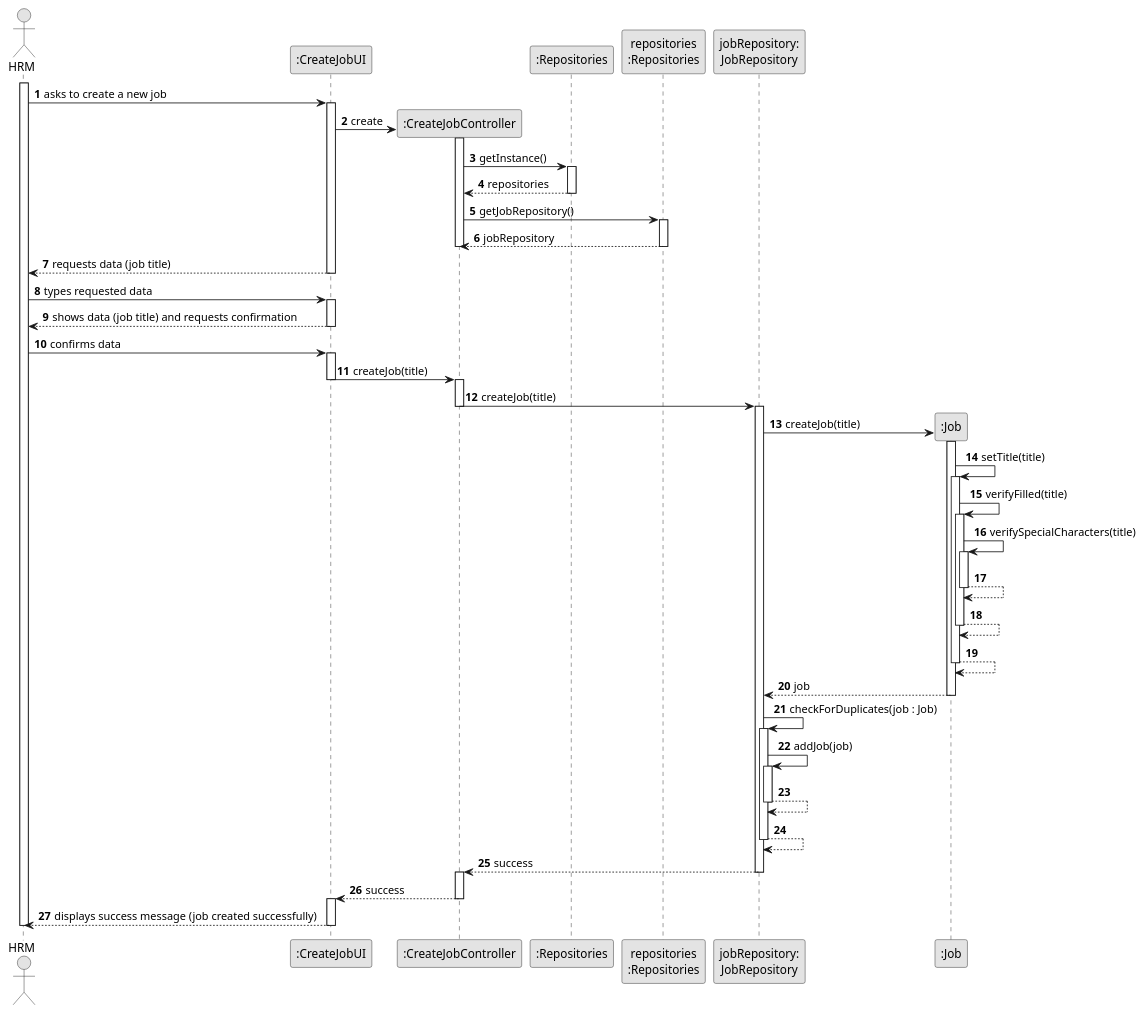
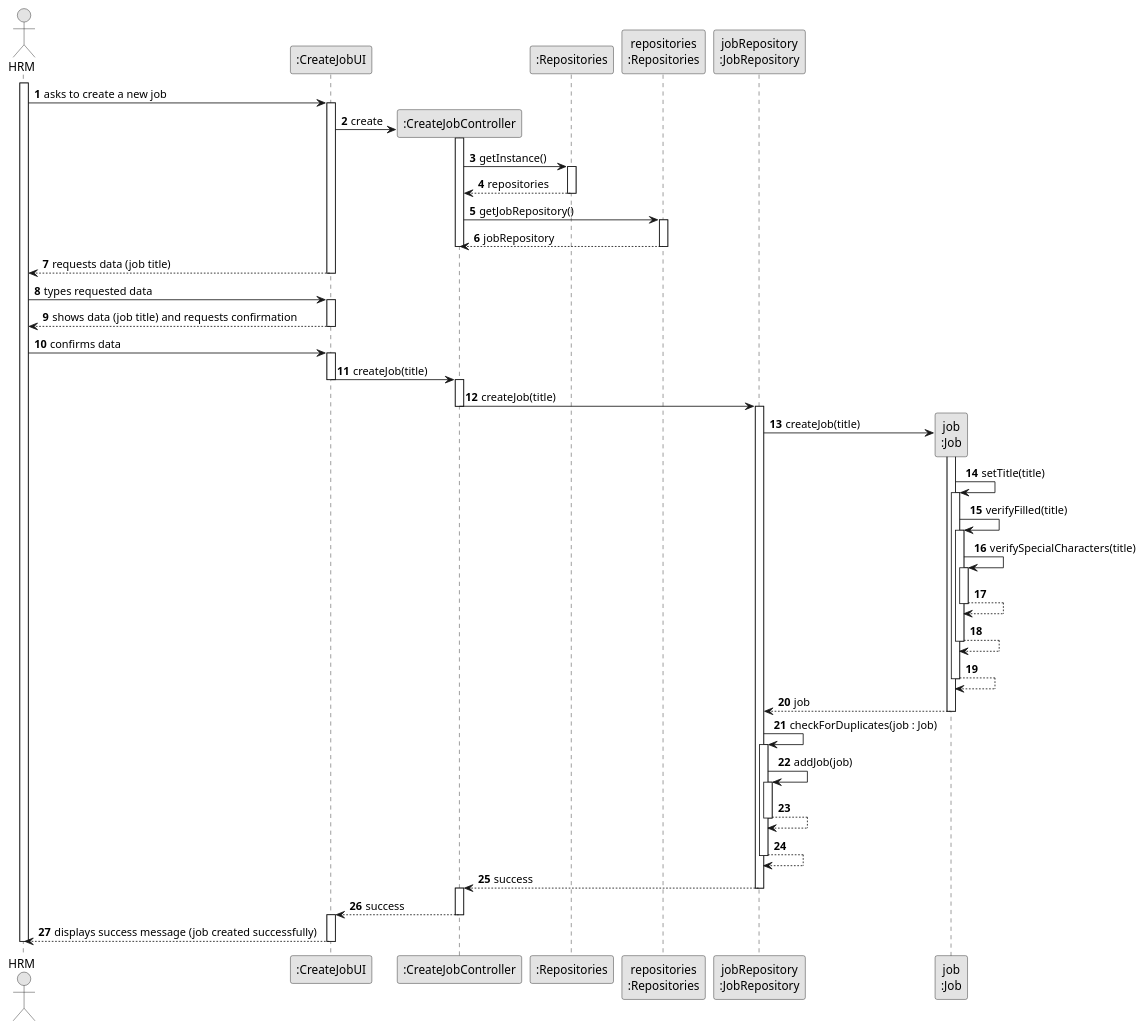
The diagram in docs/sprintC/us002/03.design/puml/us002-sequence-diagram-full.puml (ricardomm7/leaflink), drawn with PlantUML before and after one commit. The commit also changed 15 other files, not shown here.

```diff
--- a/docs/sprintC/us002/03.design/puml/us002-sequence-diagram-full.puml
+++ b/docs/sprintC/us002/03.design/puml/us002-sequence-diagram-full.puml
@@ -1,97 +1,97 @@
 @startuml
 skinparam monochrome true
 skinparam packageStyle rectangle
 skinparam shadowing false
 
 autonumber
 
 'hide footbox
 actor "HRM" as Employee
 participant ":CreateJobUI" as UI
 participant ":CreateJobController" as CTRL
 participant ":Repositories" as GlobRepo
 participant "repositories\n:Repositories" as PLAT
-participant "jobRepository:\nJobRepository" as jobRepository
-participant ":Job" as Job
+participant "jobRepository\n:JobRepository" as jobRepository
+participant "job\n:Job" as Job
 
 activate Employee
 
 Employee -> UI : asks to create a new job
 activate UI
 
 UI -> CTRL** : create
 activate CTRL
 CTRL -> GlobRepo : getInstance()
 activate GlobRepo
 GlobRepo --> CTRL : repositories
 deactivate GlobRepo
 
 CTRL -> PLAT : getJobRepository()
 activate PLAT
 PLAT -->  CTRL: jobRepository
 deactivate CTRL
 deactivate PLAT
 
 UI --> Employee : requests data (job title)
 deactivate UI
 
 Employee -> UI : types requested data
 activate UI
 
 UI --> Employee : shows data (job title) and requests confirmation
 deactivate UI
 
 Employee -> UI : confirms data
 activate UI
 
 UI -> CTRL : createJob(title)
 deactivate UI
 activate CTRL
 
 CTRL -> jobRepository : createJob(title)
 deactivate CTRL
 activate jobRepository
 
     jobRepository -> Job** : createJob(title)
         activate Job
         Job -> Job : setTitle(title)
 activate Job
     Job -> Job : verifyFilled(title)
         activate Job
         Job -> Job : verifySpecialCharacters(title)
         activate Job
         Job --> Job
         deactivate Job
     Job --> Job
     deactivate Job
     Job --> Job
     deactivate Job
 
     'Job -> Job : addJob(job)
     Job --> jobRepository : job
 
     deactivate Job
 
     jobRepository -> jobRepository : checkForDuplicates(job : Job)
     activate jobRepository
         jobRepository -> jobRepository: addJob(job)
 activate jobRepository
     jobRepository --> jobRepository
     deactivate jobRepository
 
 jobRepository --> jobRepository
     deactivate jobRepository
 jobRepository --> CTRL : success
 deactivate jobRepository
 activate CTRL
 deactivate jobRepository
 
 CTRL --> UI : success
 deactivate CTRL
 activate UI
 UI --> Employee : displays success message (job created successfully)
 
 deactivate UI
 deactivate Employee
 
 @enduml
```
